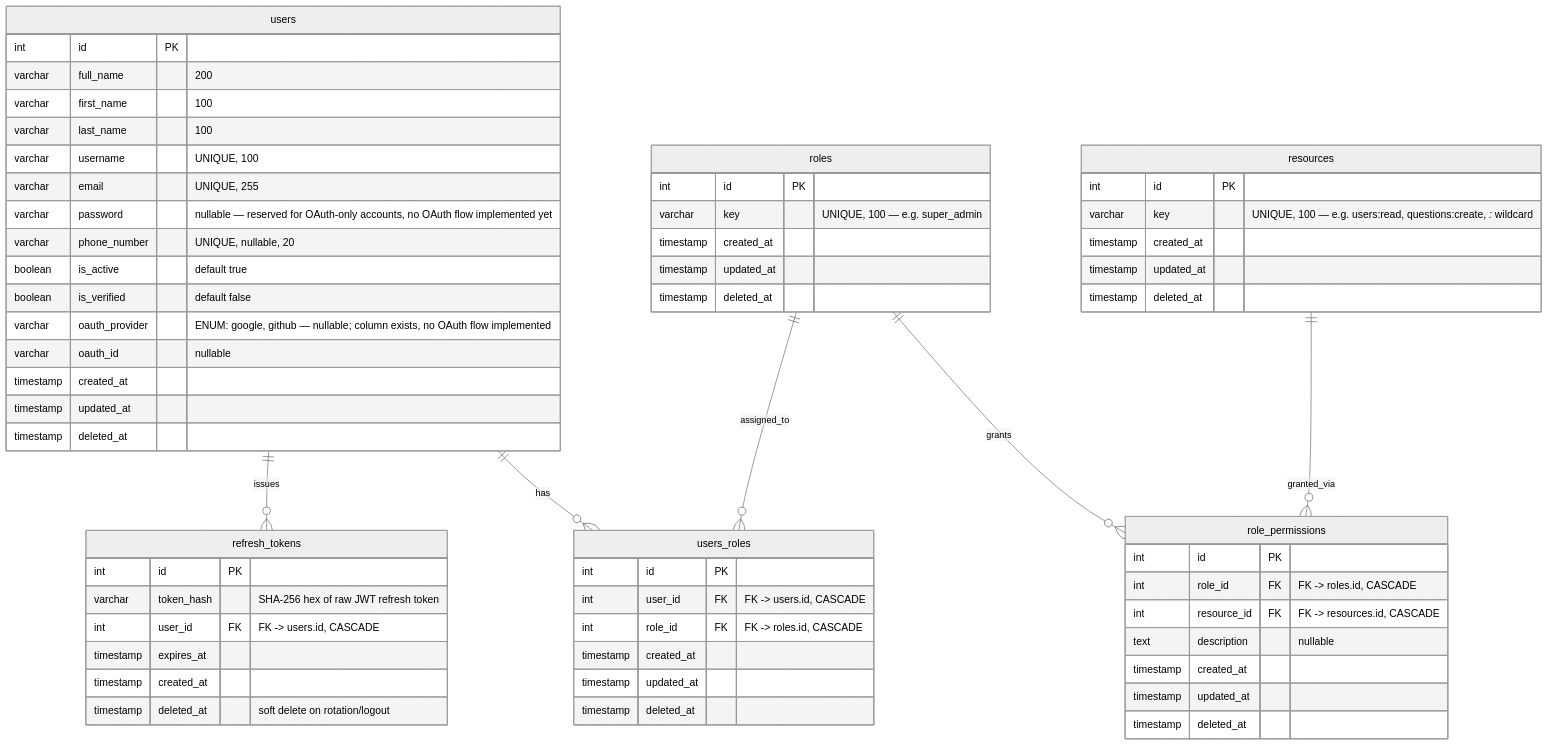
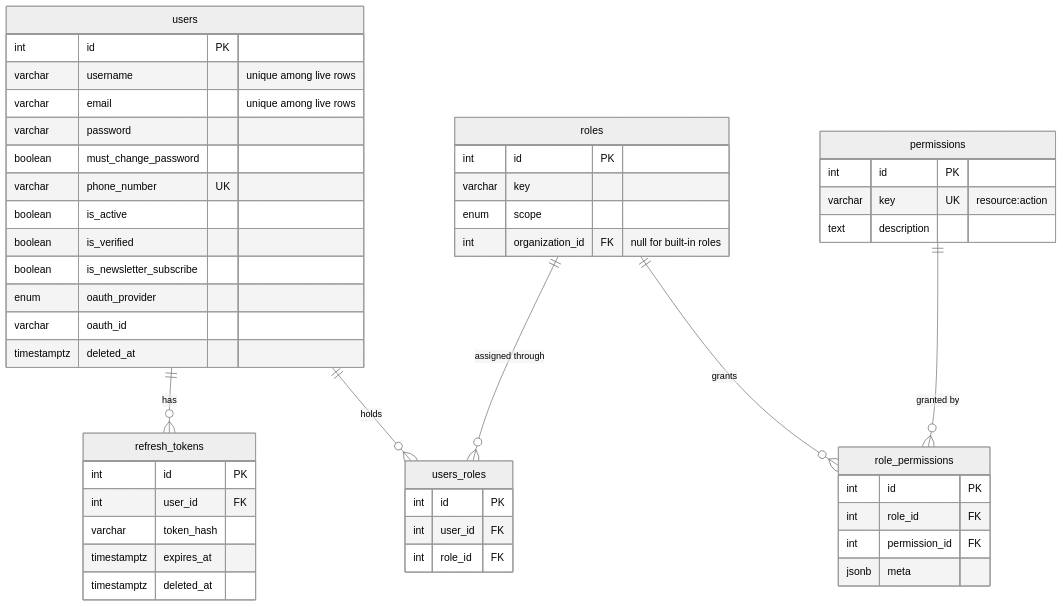
One commit to sharma-dikshant/TestFlow-Docs changed the second of 14 diagrams in docs/erd.md. Above: the diagram before and after it, drawn with Mermaid (neutral theme). The commit also changed other lines of this file and 26 other files, not shown here.

````diff
--- a/docs/erd.md
+++ b/docs/erd.md
@@ -16,71 +131,51 @@
 ```mermaid
 erDiagram
-
     users {
         int id PK
-        varchar full_name "200"
-        varchar first_name "100"
-        varchar last_name "100"
-        varchar username "UNIQUE, 100"
-        varchar email "UNIQUE, 255"
-        varchar password "nullable — reserved for OAuth-only accounts, no OAuth flow implemented yet"
-        varchar phone_number "UNIQUE, nullable, 20"
-        boolean is_active "default true"
-        boolean is_verified "default false"
-        varchar oauth_provider "ENUM: google, github — nullable; column exists, no OAuth flow implemented"
-        varchar oauth_id "nullable"
-        timestamp created_at
-        timestamp updated_at
-        timestamp deleted_at
+        varchar username "unique among live rows"
+        varchar email "unique among live rows"
+        varchar password
+        boolean must_change_password
+        varchar phone_number UK
+        boolean is_active
+        boolean is_verified
+        boolean is_newsletter_subscribe
+        enum oauth_provider
+        varchar oauth_id
+        timestamptz deleted_at
     }
-
     refresh_tokens {
         int id PK
-        varchar token_hash "SHA-256 hex of raw JWT refresh token"
-        int user_id FK "FK -> users.id, CASCADE"
-        timestamp expires_at
-        timestamp created_at
-        timestamp deleted_at "soft delete on rotation/logout"
+        int user_id FK
+        varchar token_hash
+        timestamptz expires_at
+        timestamptz deleted_at
     }
-
     roles {
         int id PK
-        varchar key "UNIQUE, 100 — e.g. super_admin"
-        timestamp created_at
-        timestamp updated_at
-        timestamp deleted_at
+        varchar key
+        enum scope
+        int organization_id FK "null for built-in roles"
     }
-
-    resources {
+    permissions {
         int id PK
-        varchar key "UNIQUE, 100 — e.g. users:read, questions:create, *:* wildcard"
-        timestamp created_at
-        timestamp updated_at
-        timestamp deleted_at
+        varchar key UK "resource:action"
+        text description
     }
-
     role_permissions {
         int id PK
-        int role_id FK "FK -> roles.id, CASCADE"
-        int resource_id FK "FK -> resources.id, CASCADE"
-        text description "nullable"
-        timestamp created_at
-        timestamp updated_at
-        timestamp deleted_at
+        int role_id FK
+        int permission_id FK
+        jsonb meta
     }
-
     users_roles {
         int id PK
-        int user_id FK "FK -> users.id, CASCADE"
-        int role_id FK "FK -> roles.id, CASCADE"
-        timestamp created_at
-        timestamp updated_at
-        timestamp deleted_at
+        int user_id FK
+        int role_id FK
     }
-
-    users ||--o{ refresh_tokens : issues
-    users ||--o{ users_roles : has
-    roles ||--o{ users_roles : assigned_to
-    roles ||--o{ role_permissions : grants
-    resources ||--o{ role_permissions : granted_via
+    users ||--o{ refresh_tokens : "has"
+    users ||--o{ users_roles : "holds"
+    roles ||--o{ users_roles : "assigned through"
+    roles ||--o{ role_permissions : "grants"
+    permissions ||--o{ role_permissions : "granted by"
 ```
````
